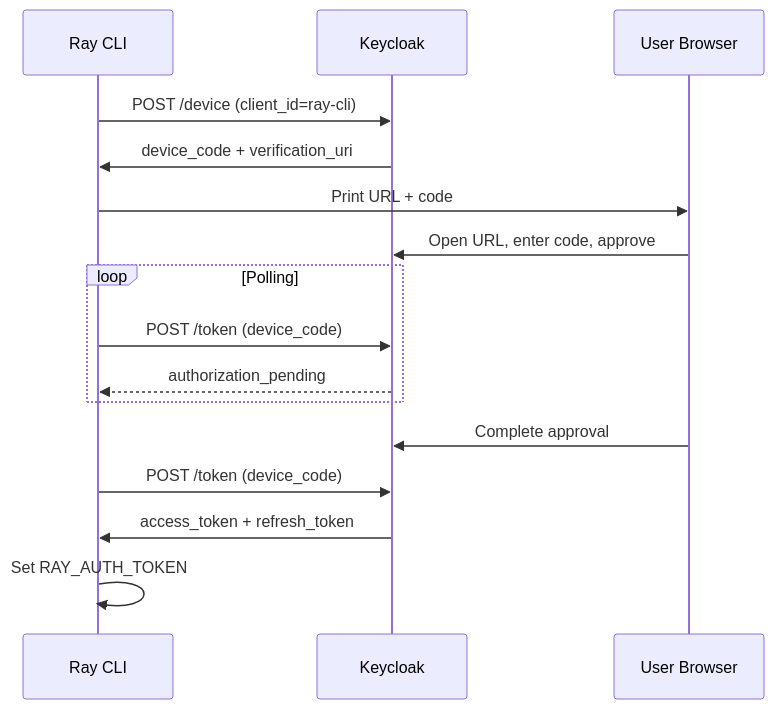
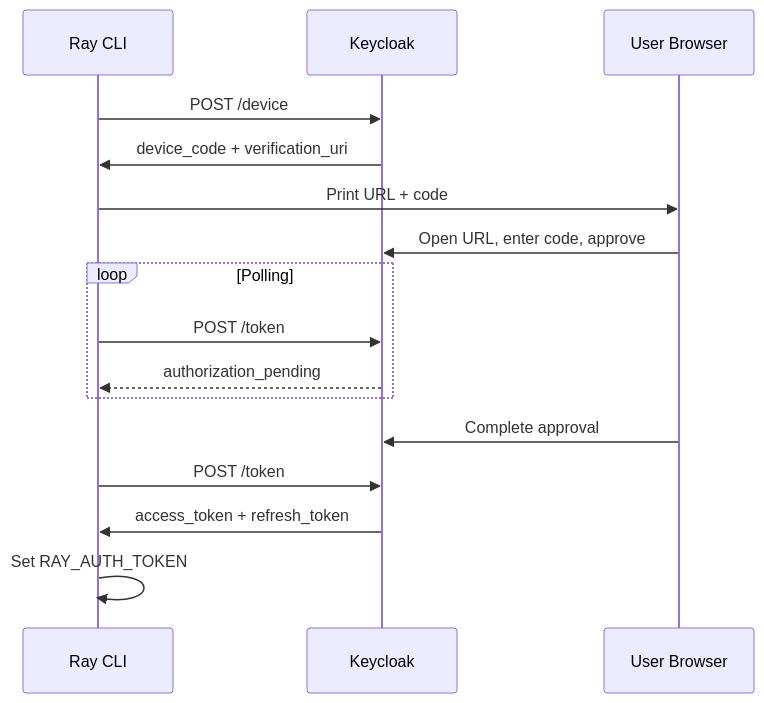
The third of 3 diagrams in authentication-flow.md (fmfi-dai-gpu-servers/compute-wiki), drawn with Mermaid before and after one commit. The commit also changed other lines of this file and 6 other files, not shown here.

Commit message:
change: replace architecture beta with flowcharts

````diff
--- a/authentication-flow.md
+++ b/authentication-flow.md
@@ -71,19 +74,19 @@
 ```mermaid
 sequenceDiagram
     participant CLI as Ray CLI
     participant K as Keycloak
     participant U as User Browser
 
-    CLI->>K: POST /device (client_id=ray-cli)
+    CLI->>K: POST /device
     K->>CLI: device_code + verification_uri
     CLI->>U: Print URL + code
     U->>K: Open URL, enter code, approve
     loop Polling
-        CLI->>K: POST /token (device_code)
+        CLI->>K: POST /token
         K-->>CLI: authorization_pending
     end
     U->>K: Complete approval
-    CLI->>K: POST /token (device_code)
+    CLI->>K: POST /token
     K->>CLI: access_token + refresh_token
     CLI->>CLI: Set RAY_AUTH_TOKEN
 ```
````
